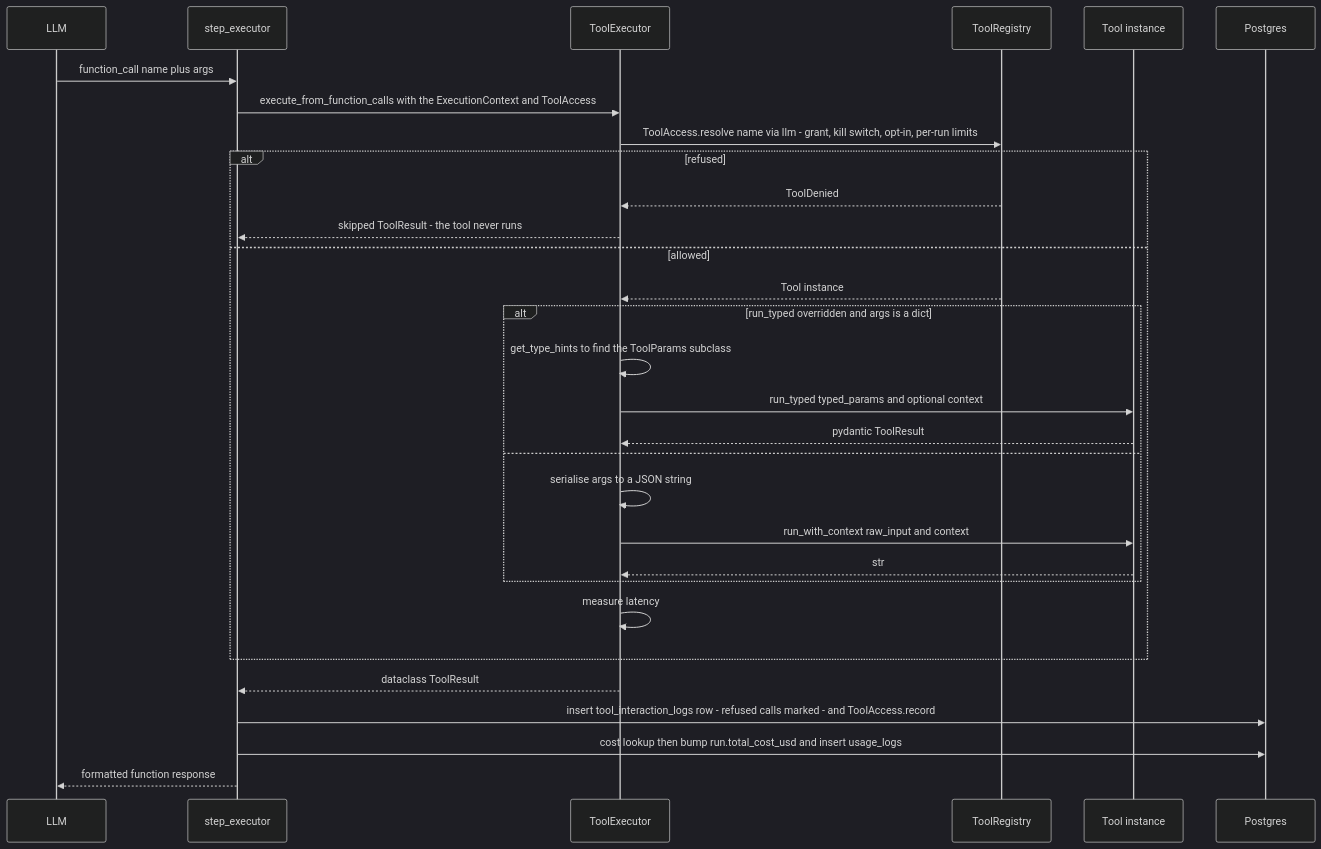
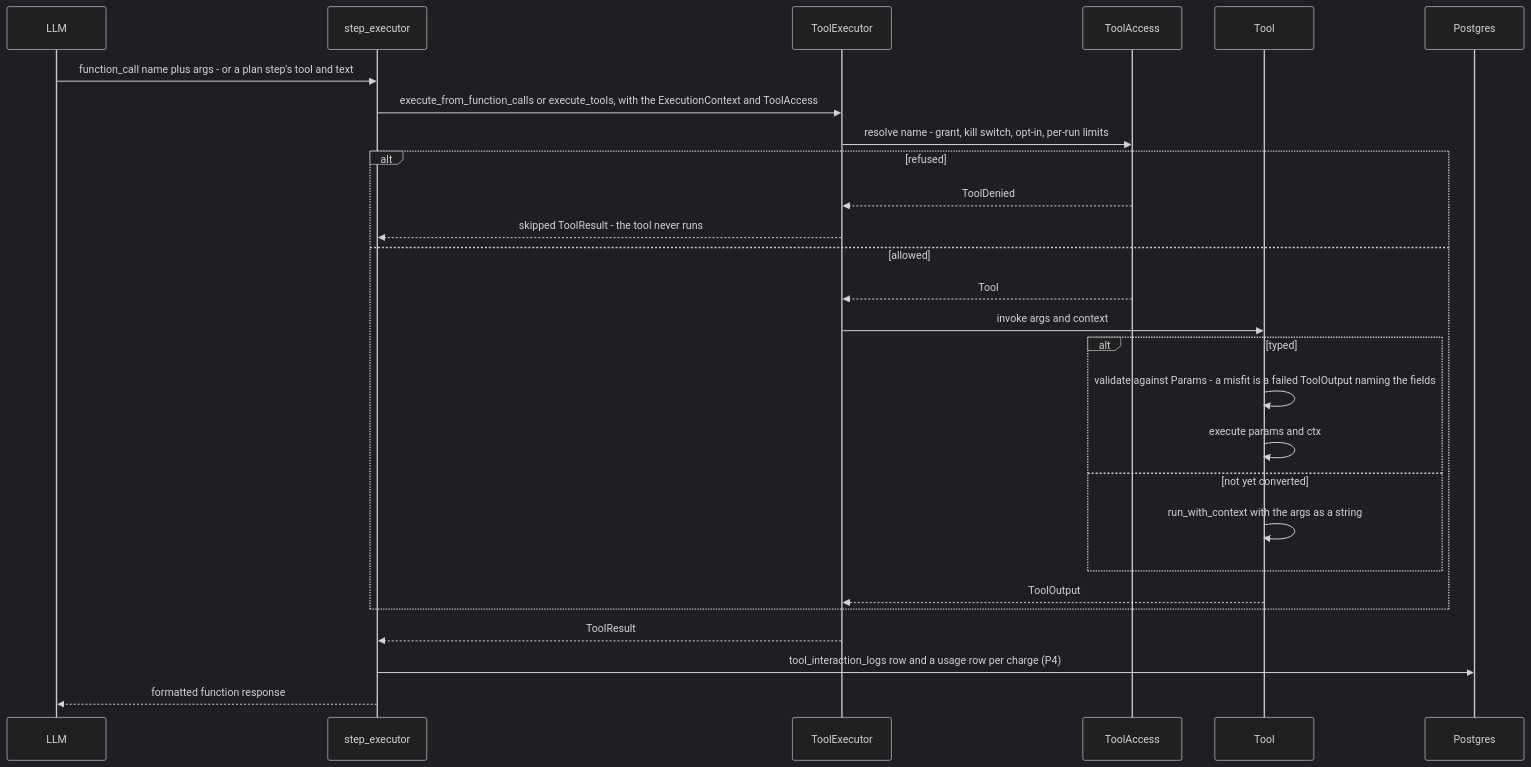
One commit to gondolerahul/hire-buddha-app changed the fifth of 23 diagrams in docs/current/09-tools.md. Above: the diagram before and after it, drawn with Mermaid (dark theme). The commit also changed other lines of this file and 16 other files, not shown here.

````diff
--- a/docs/current/09-tools.md
+++ b/docs/current/09-tools.md
@@ -412,33 +394,30 @@
 ```mermaid
 sequenceDiagram
     participant LLM
     participant SE as step_executor
     participant TE as ToolExecutor
-    participant R as ToolRegistry
-    participant T as Tool instance
+    participant A as ToolAccess
+    participant T as Tool
     participant DB as Postgres
 
-    LLM->>SE: function_call name plus args
-    SE->>TE: execute_from_function_calls with the ExecutionContext and ToolAccess
-    TE->>R: ToolAccess.resolve name via llm - grant, kill switch, opt-in, per-run limits
+    LLM->>SE: function_call name plus args - or a plan step's tool and text
+    SE->>TE: execute_from_function_calls or execute_tools, with the ExecutionContext and ToolAccess
+    TE->>A: resolve name - grant, kill switch, opt-in, per-run limits
     alt refused
-        R-->>TE: ToolDenied
+        A-->>TE: ToolDenied
         TE-->>SE: skipped ToolResult - the tool never runs
     else allowed
-        R-->>TE: Tool instance
-        alt run_typed overridden and args is a dict
-            TE->>TE: get_type_hints to find the ToolParams subclass
-            TE->>T: run_typed typed_params and optional context
-            T-->>TE: pydantic ToolResult
-        else
-            TE->>TE: serialise args to a JSON string
-            TE->>T: run_with_context raw_input and context
-            T-->>TE: str
+        A-->>TE: Tool
+        TE->>T: invoke args and context
+        alt typed
+            T->>T: validate against Params - a misfit is a failed ToolOutput naming the fields
+            T->>T: execute params and ctx
+        else not yet converted
+            T->>T: run_with_context with the args as a string
         end
-        TE->>TE: measure latency
+        T-->>TE: ToolOutput
     end
-    TE-->>SE: dataclass ToolResult
-    SE->>DB: insert tool_interaction_logs row - refused calls marked - and ToolAccess.record
-    SE->>DB: cost lookup then bump run.total_cost_usd and insert usage_logs
+    TE-->>SE: ToolResult
+    SE->>DB: tool_interaction_logs row and a usage row per charge (P4)
     SE-->>LLM: formatted function response
 ```
````
